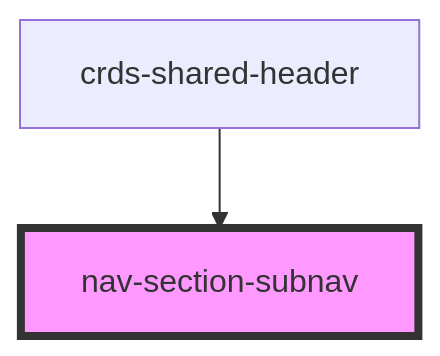
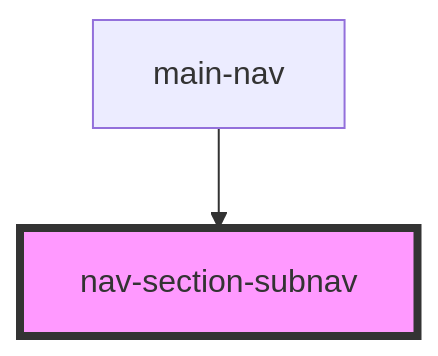
The diagram in src/components/crds-shared-header/nav-section-subnav/readme.md (dholloran-ample/visual-regression-testing-IP), drawn with Mermaid before and after one commit. The commit also changed other lines of this file and 3 other files, not shown here.

````diff
--- a/src/components/crds-shared-header/nav-section-subnav/readme.md
+++ b/src/components/crds-shared-header/nav-section-subnav/readme.md
@@ -24,5 +24,5 @@
 ```mermaid
 graph TD;
-  crds-shared-header --> nav-section-subnav
+  main-nav --> nav-section-subnav
   style nav-section-subnav fill:#f9f,stroke:#333,stroke-width:4px
 ```
````
